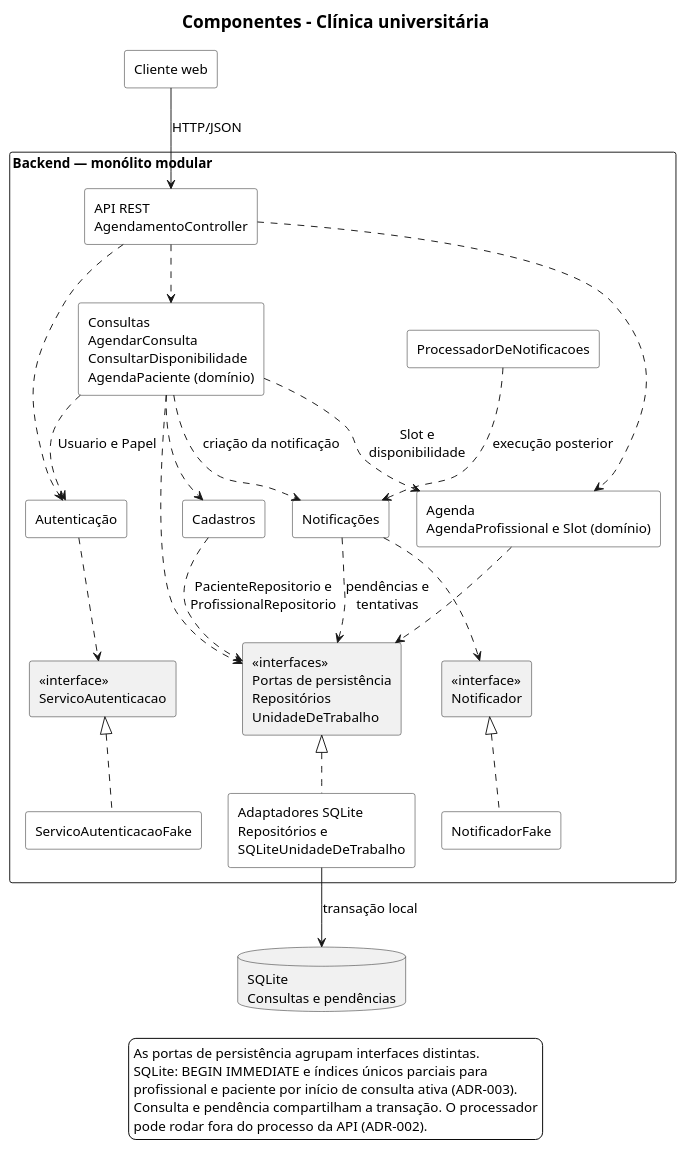
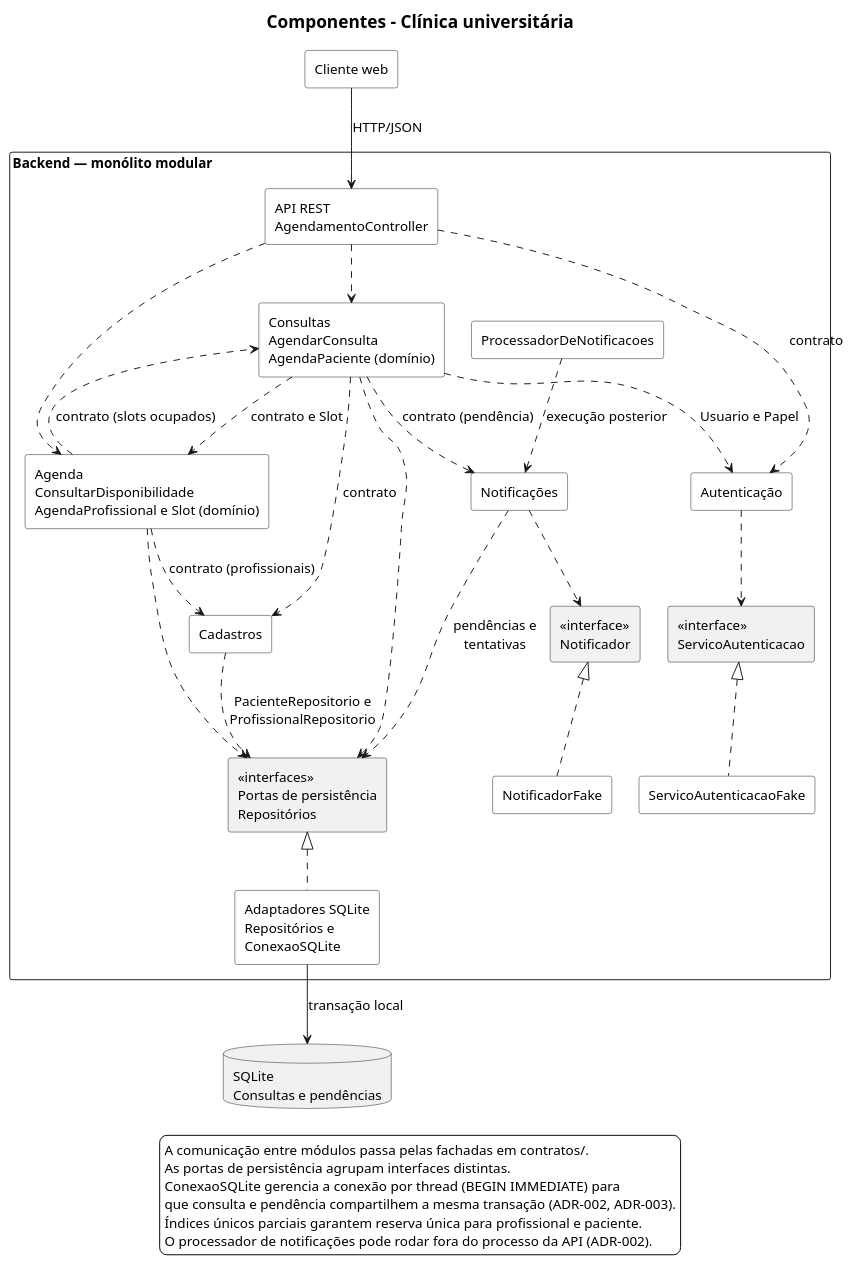
One commit to luizeduarte/agenda-clinica changed the diagram in docs/diagramas/componentes.puml. Above: the diagram before and after it, drawn with PlantUML. The commit also changed 16 other files, not shown here.

Commit message:
[FIX] Atualiza documentacao, RNF04 e diagramas com contratos e ConexaoSQLite

```diff
--- a/docs/diagramas/componentes.puml
+++ b/docs/diagramas/componentes.puml
@@ -1,68 +1,71 @@
 @startuml componentes
 
 skinparam monochrome true
 skinparam shadowing false
 skinparam defaultFontName SansSerif
 skinparam defaultFontSize 14
 skinparam titleFontSize 18
 skinparam componentStyle rectangle
 skinparam componentBackgroundColor white
 skinparam packageStyle rectangle
 skinparam packageTitleAlignment left
 skinparam packageBackgroundColor white
 skinparam legendBackgroundColor white
 skinparam nodesep 28
 
 title Componentes - Clínica universitária
 
 component "Cliente web" as Web
 
 package "Backend — monólito modular" {
   component "API REST\nAgendamentoController" as API
-  component "Consultas\nAgendarConsulta\nConsultarDisponibilidade\nAgendaPaciente (domínio)" as Consultas
-  component "Agenda\nAgendaProfissional e Slot (domínio)" as Agenda
+  component "Consultas\nAgendarConsulta\nAgendaPaciente (domínio)" as Consultas
+  component "Agenda\nConsultarDisponibilidade\nAgendaProfissional e Slot (domínio)" as Agenda
   component Cadastros
   component "Notificações" as Notificacoes
   component "Autenticação" as Autenticacao
 
-  rectangle "«interfaces»\nPortas de persistência\nRepositórios\nUnidadeDeTrabalho" as Dados
+  rectangle "«interfaces»\nPortas de persistência\nRepositórios" as Dados
   rectangle "«interface»\nNotificador" as Notificador
   rectangle "«interface»\nServicoAutenticacao" as ServicoAutenticacao
-  component "Adaptadores SQLite\nRepositórios e\nSQLiteUnidadeDeTrabalho" as SQLite
+  component "Adaptadores SQLite\nRepositórios e\nConexaoSQLite" as SQLite
   component NotificadorFake
   component ServicoAutenticacaoFake
   component ProcessadorDeNotificacoes
 }
 
 database "SQLite\nConsultas e pendências" as Banco
 
 Web -down-> API : HTTP/JSON
 API ..> Consultas
 API ..> Agenda
-API ..> Autenticacao
-Consultas ..> Agenda : Slot e\ndisponibilidade
-Consultas ..> Cadastros
+API ..> Autenticacao : contrato
+Consultas ..> Agenda : contrato e Slot
+Consultas ..> Cadastros : contrato
 Consultas ..> Autenticacao : Usuario e Papel
-Consultas ..> Notificacoes : criação da notificação
+Consultas ..> Notificacoes : contrato (pendência)
 Consultas ..> Dados
+Agenda ..> Cadastros : contrato (profissionais)
+Agenda ..> Consultas : contrato (slots ocupados)
 Agenda ..> Dados
 Cadastros ..> Dados : PacienteRepositorio e\nProfissionalRepositorio
 Autenticacao ..> ServicoAutenticacao
 ServicoAutenticacaoFake .up.|> ServicoAutenticacao
 
 ProcessadorDeNotificacoes ..> Notificacoes : execução posterior
 Notificacoes ..> Dados : pendências e\ntentativas
 Notificacoes ..> Notificador
 NotificadorFake .up.|> Notificador
 
 SQLite .up.|> Dados
 SQLite -down-> Banco : transação local
 
 legend bottom
+  A comunicação entre módulos passa pelas fachadas em contratos/.
   As portas de persistência agrupam interfaces distintas.
-  SQLite: BEGIN IMMEDIATE e índices únicos parciais para
-  profissional e paciente por início de consulta ativa (ADR-003).
-  Consulta e pendência compartilham a transação. O processador
-  pode rodar fora do processo da API (ADR-002).
+  ConexaoSQLite gerencia a conexão por thread (BEGIN IMMEDIATE) para
+  que consulta e pendência compartilhem a mesma transação (ADR-002, ADR-003).
+  Índices únicos parciais garantem reserva única para profissional e paciente.
+  O processador de notificações pode rodar fora do processo da API (ADR-002).
 endlegend
 @enduml
```
